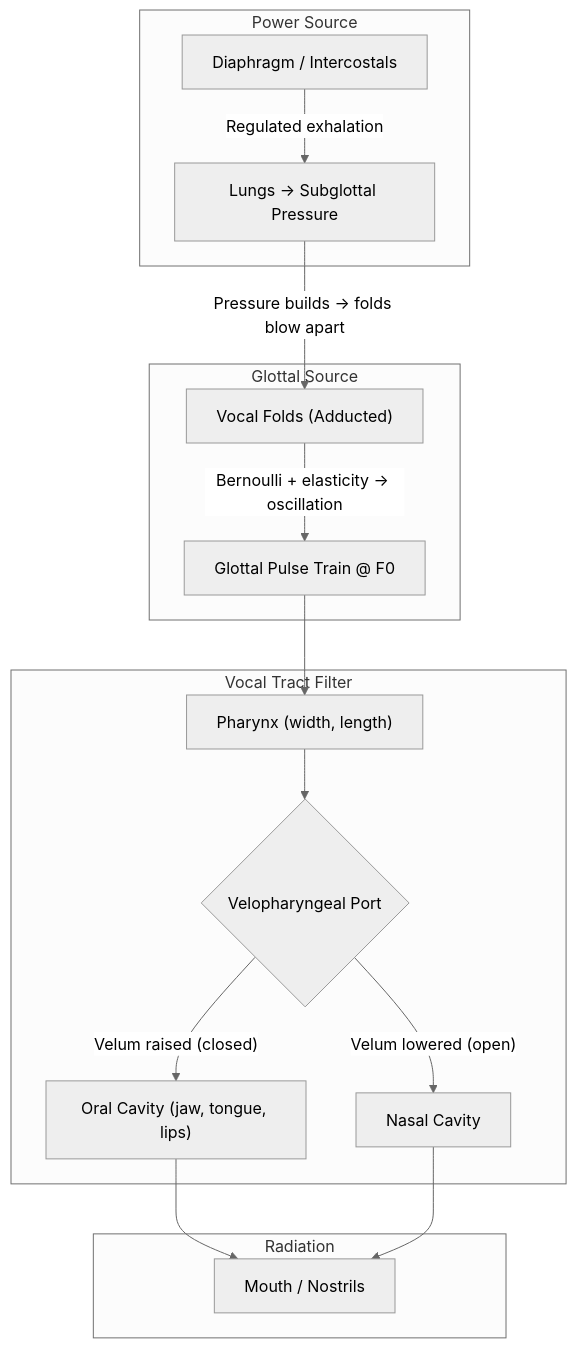
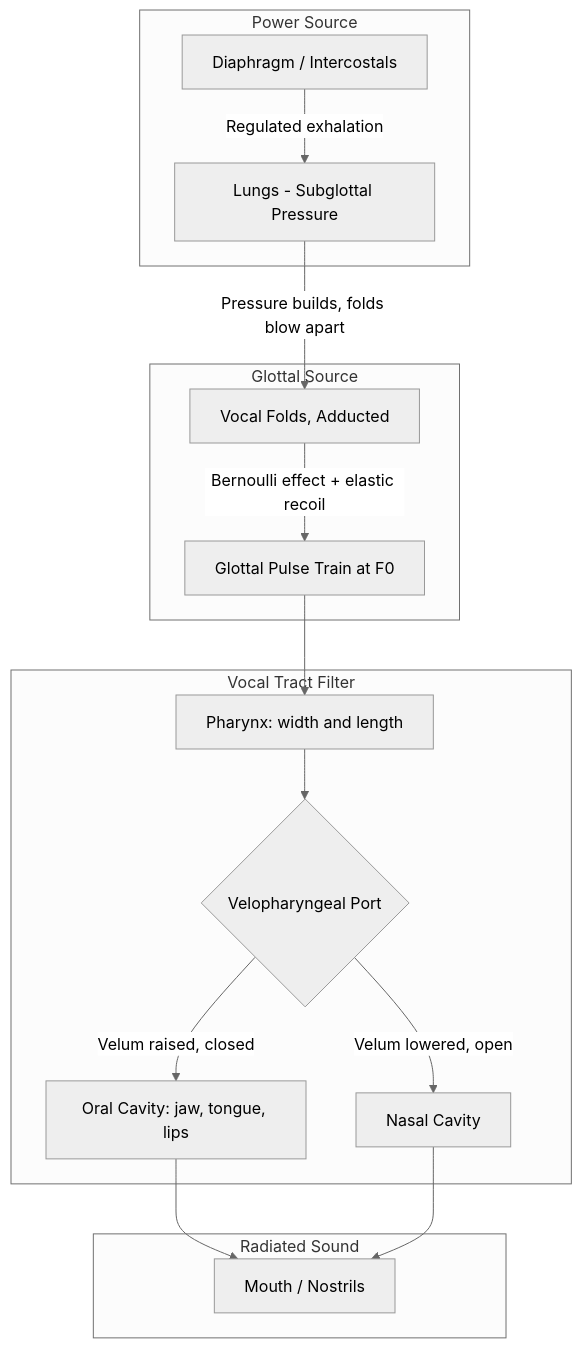
One commit to blebleblee/synapse changed the first of 3 diagrams in topics/arts/music_performance/vocals/lesson_04_repertoire_and_style.md. Above: the diagram before and after it, drawn with Mermaid (neutral theme). The commit also changed other lines of this file and 4 other files, not shown here.

````diff
--- a/topics/arts/music_performance/vocals/lesson_04_repertoire_and_style.md
+++ b/topics/arts/music_performance/vocals/lesson_04_repertoire_and_style.md
@@ -25,32 +25,32 @@
 ```mermaid
 graph TD
     subgraph sub_power ["Power Source"]
         A["Diaphragm / Intercostals"]
-        B["Lungs → Subglottal Pressure"]
+        B["Lungs - Subglottal Pressure"]
         A -->|"Regulated exhalation"| B
     end
 
     subgraph sub_source ["Glottal Source"]
-        C["Vocal Folds (Adducted)"]
-        D["Glottal Pulse Train @ F0"]
-        B -->|"Pressure builds → folds blow apart"| C
-        C -->|"Bernoulli + elasticity → oscillation"| D
+        C["Vocal Folds, Adducted"]
+        D["Glottal Pulse Train at F0"]
+        B -->|"Pressure builds, folds blow apart"| C
+        C -->|"Bernoulli effect + elastic recoil"| D
     end
 
     subgraph sub_filter ["Vocal Tract Filter"]
-        E["Pharynx (width, length)"]
+        E["Pharynx: width and length"]
         F{"Velopharyngeal Port"}
-        G["Oral Cavity (jaw, tongue, lips)"]
+        G["Oral Cavity: jaw, tongue, lips"]
         H["Nasal Cavity"]
         D --> E
         E --> F
-        F -->|"Velum raised (closed)"| G
-        F -->|"Velum lowered (open)"| H
+        F -->|"Velum raised, closed"| G
+        F -->|"Velum lowered, open"| H
     end
 
-    subgraph sub_output ["Radiation"]
+    subgraph sub_output ["Radiated Sound"]
         I["Mouth / Nostrils"]
         G --> I
         H --> I
     end
 ```
````
